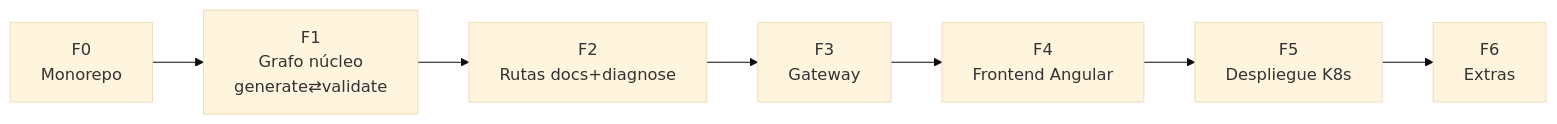
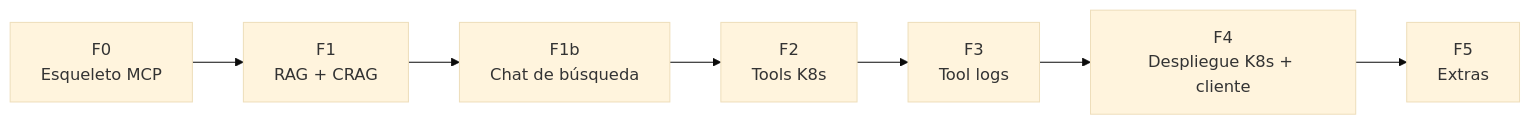
The diagram in docs/arquitectura/07-roadmap-implementacion.md (mikel0ne/ai-platform-portfolio), drawn with Mermaid (base theme) before and after one commit. The commit also changed other lines of this file and 17 other files, not shown here.

````diff
--- a/docs/arquitectura/07-roadmap-implementacion.md
+++ b/docs/arquitectura/07-roadmap-implementacion.md
@@ -5,9 +7,9 @@
 ```mermaid
 flowchart LR
-    F0[F0<br/>Monorepo] --> F1[F1<br/>Grafo núcleo<br/>generate⇄validate]
-    F1 --> F2[F2<br/>Rutas docs+diagnose]
-    F2 --> F3[F3<br/>Gateway]
-    F3 --> F4[F4<br/>Frontend Angular]
-    F4 --> F5[F5<br/>Despliegue K8s]
-    F5 --> F6[F6<br/>Extras]
+    F0[F0<br/>Esqueleto MCP] --> F1[F1<br/>RAG + CRAG]
+    F1 --> F1b[F1b<br/>Chat de búsqueda]
+    F1b --> F2[F2<br/>Tools K8s]
+    F2 --> F3[F3<br/>Tool logs]
+    F3 --> F4[F4<br/>Despliegue K8s + cliente]
+    F4 --> F5[F5<br/>Extras]
 ```
````
